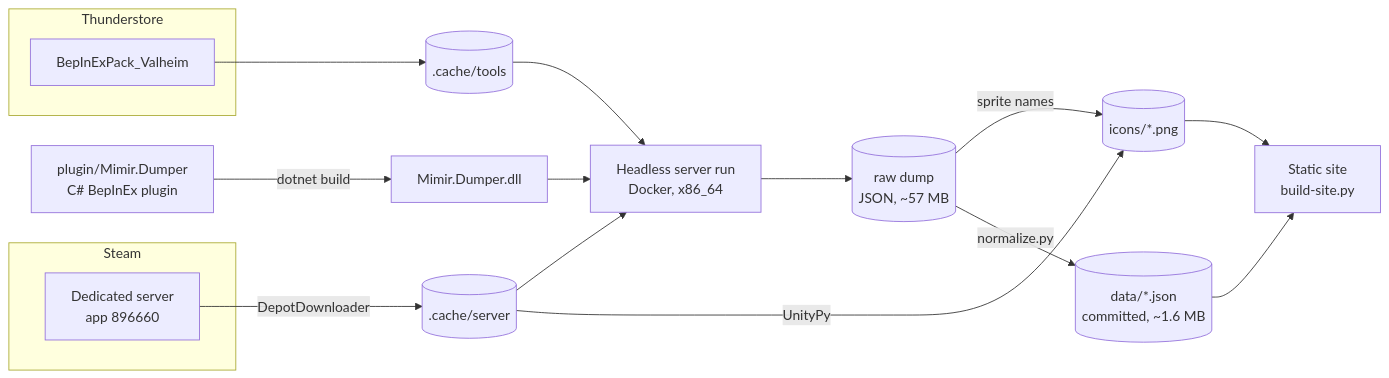
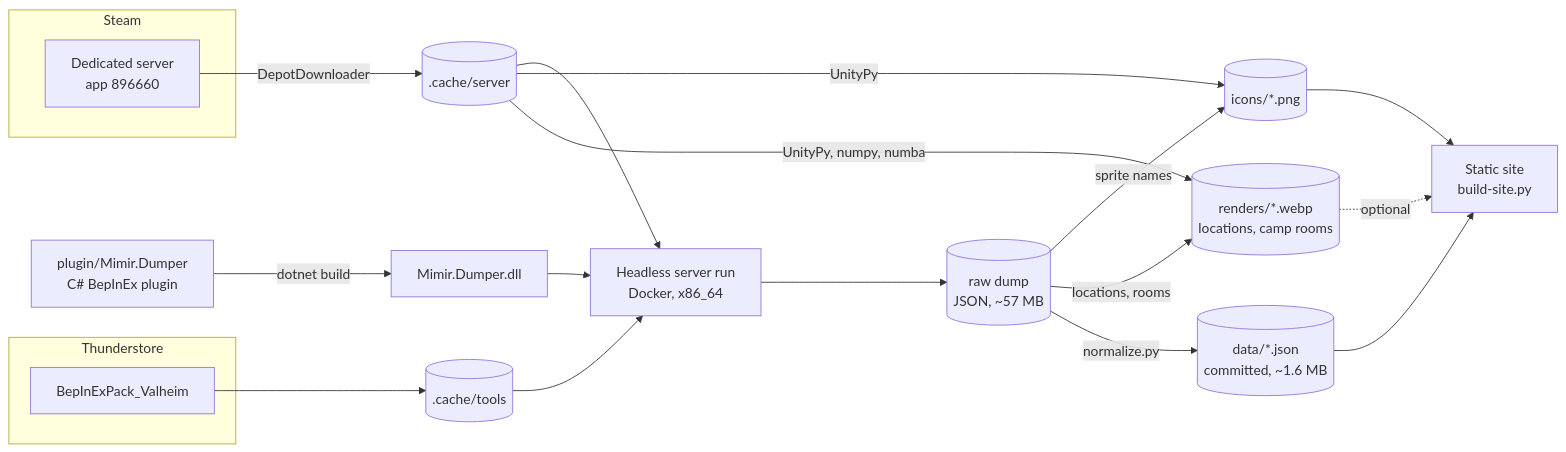
Before and after one commit to benders/mimir: the first of 5 diagrams in Architecture.md, drawn with Mermaid. The commit also changed other lines of this file and 9 other files, not shown here.

````diff
--- a/Architecture.md
+++ b/Architecture.md
@@ -9,25 +9,28 @@
 ```mermaid
 flowchart LR
     subgraph Steam
         S[Dedicated server<br/>app 896660]
     end
     subgraph Thunderstore
         B[BepInExPack_Valheim]
     end
 
     S -->|DepotDownloader| SRV[(.cache/server)]
     B --> PACK[(.cache/tools)]
     P[plugin/Mimir.Dumper<br/>C# BepInEx plugin] -->|dotnet build| DLL[Mimir.Dumper.dll]
 
     SRV --> RUN
     PACK --> RUN
     DLL --> RUN
     RUN[Headless server run<br/>Docker, x86_64] --> RAW[(raw dump<br/>JSON, ~57 MB)]
 
     SRV -->|UnityPy| ICONS[(icons/*.png)]
     RAW -->|sprite names| ICONS
+    SRV -->|UnityPy, numpy, numba| RENDERS[(renders/*.webp<br/>locations, camp rooms)]
+    RAW -->|locations, rooms| RENDERS
 
     RAW -->|normalize.py| DATA[(data/*.json<br/>committed, ~1.6 MB)]
     DATA --> SITE[Static site<br/>build-site.py]
     ICONS --> SITE
+    RENDERS -.->|optional| SITE
 ```
````
